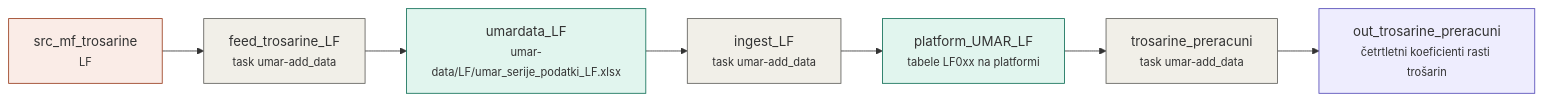
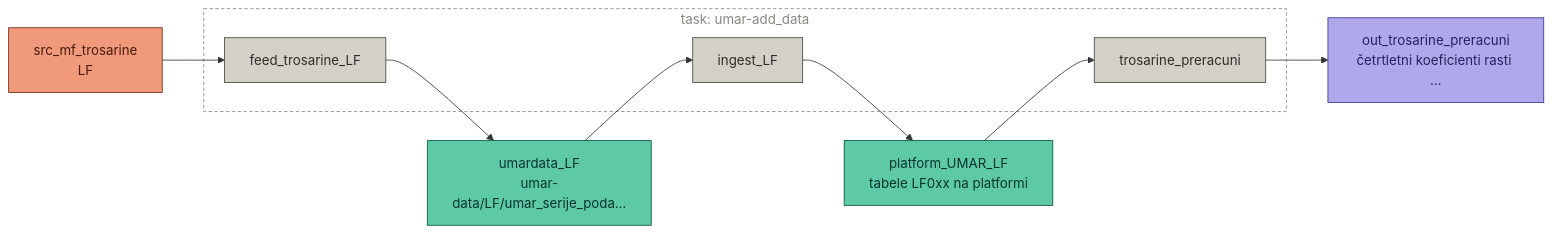
The diagram in docs/pipelines/output-out_trosarine_preracuni.md (majazaloznik/umar-automation-scripts), drawn with Mermaid before and after one commit. The commit also changed 31 other files, not shown here.

Commit message:
Update mermaid plots in pipelines

````diff
--- a/docs/pipelines/output-out_trosarine_preracuni.md
+++ b/docs/pipelines/output-out_trosarine_preracuni.md
@@ -9,20 +9,23 @@
 ```mermaid
 flowchart LR
-  src_mf_trosarine["src_mf_trosarine<br/><small>LF</small>"]:::source
-  platform_UMAR_LF["platform_UMAR_LF<br/><small>tabele LF0xx na platformi</small>"]:::store
-  umardata_LF["umardata_LF<br/><small>umar-data/LF/umar_serije_podatki_LF.xlsx</small>"]:::store
-  out_trosarine_preracuni["out_trosarine_preracuni<br/><small>četrtletni koeficienti rasti trošarin</small>"]:::output
-  feed_trosarine_LF["feed_trosarine_LF<br/><small>task umar-add_data</small>"]:::step
-  ingest_LF["ingest_LF<br/><small>task umar-add_data</small>"]:::step
-  trosarine_preracuni["trosarine_preracuni<br/><small>task umar-add_data</small>"]:::step
+  src_mf_trosarine["src_mf_trosarine<br/>LF"]:::source
+  platform_UMAR_LF["platform_UMAR_LF<br/>tabele LF0xx na platformi"]:::store
+  umardata_LF["umardata_LF<br/>umar-data/LF/umar_serije_poda…"]:::store
+  out_trosarine_preracuni["out_trosarine_preracuni<br/>četrtletni koeficienti rasti …"]:::output
+  subgraph task_umar_add_data["task: umar-add_data"]
+    feed_trosarine_LF["feed_trosarine_LF"]:::step
+    ingest_LF["ingest_LF"]:::step
+    trosarine_preracuni["trosarine_preracuni"]:::step
+  end
+  style task_umar_add_data fill:none,stroke:#888780,stroke-dasharray:4 3,color:#888780
   src_mf_trosarine --> feed_trosarine_LF
   feed_trosarine_LF --> umardata_LF
   umardata_LF --> ingest_LF
   ingest_LF --> platform_UMAR_LF
   platform_UMAR_LF --> trosarine_preracuni
   trosarine_preracuni --> out_trosarine_preracuni
-  classDef source fill:#FAECE7,stroke:#993C1D
-  classDef step fill:#F1EFE8,stroke:#5F5E5A
-  classDef store fill:#E1F5EE,stroke:#0F6E56
-  classDef output fill:#EEEDFE,stroke:#534AB7
+  classDef source fill:#F0997B,stroke:#712B13,color:#4A1B0C,stroke-width:1px
+  classDef step fill:#D3D1C7,stroke:#444441,color:#2C2C2A,stroke-width:1px
+  classDef store fill:#5DCAA5,stroke:#085041,color:#04342C,stroke-width:1px
+  classDef output fill:#AFA9EC,stroke:#3C3489,color:#26215C,stroke-width:1px
 ```
````
